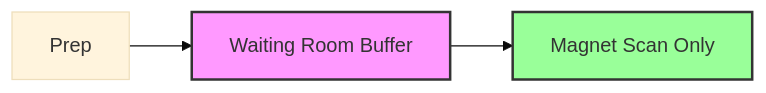
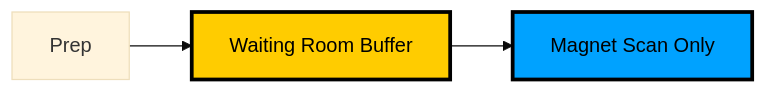
One commit to bhavik-knight/5560-MRI-Project changed the first of 2 diagrams in WALKTHROUGH.md. Above: the diagram before and after it, drawn with Mermaid (base theme). The commit also changed 1 other file, not shown here.

Commit message:
update: readme / walkthrough so that on github it can be read

````diff
--- a/WALKTHROUGH.md
+++ b/WALKTHROUGH.md
@@ -35,8 +35,8 @@
 ```mermaid
 graph LR;
     A[Prep] --> B[Waiting Room Buffer];
     B --> C[Magnet Scan Only];
 
-    style B fill:#f9f,stroke:#333,stroke-width:2px;
-    style C fill:#9f9,stroke:#333,stroke-width:2px;
+    style B fill:#ffcc00,stroke:#000,stroke-width:3px,color:#000;
+    style C fill:#00a2ff,stroke:#000,stroke-width:3px,color:#000;
 ```
````
